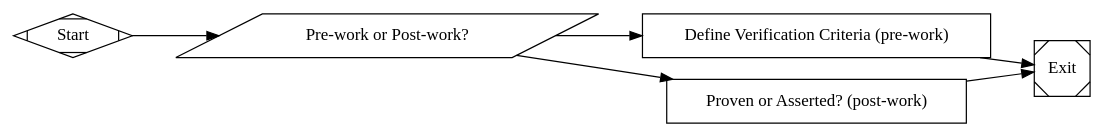
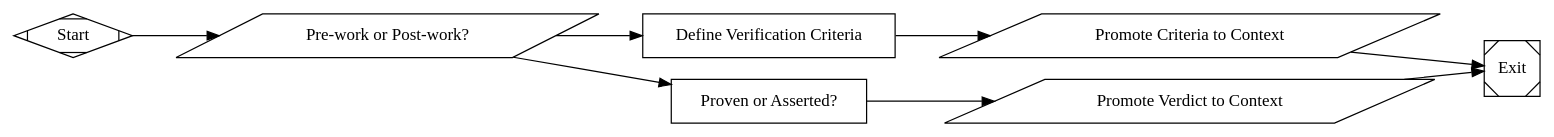
The diagram in pipelines/kenergy_full_cycle/subgraphs/subgraphs/kenergy_reality_check.dot (kenotron-ms/amplifier-bundle-kenergy), drawn with Graphviz before and after one commit. The commit also changed 30 other files, not shown here.

First line of the commit message:
fix(pipelines): route goal_gate verdicts through report_outcome tool calls

```diff
--- a/pipelines/kenergy_full_cycle/subgraphs/subgraphs/kenergy_reality_check.dot
+++ b/pipelines/kenergy_full_cycle/subgraphs/subgraphs/kenergy_reality_check.dot
@@ -1,60 +1,86 @@
 // kenergy_reality_check.dot
 //
 // Subgraph rendering of the "kenergy" skill (skills/kenergy/SKILL.md): a
 // reality-enforcement lens with two modes -- pre-work (define what "working"
 // means before an agent is dispatched) and post-work (hold a completion
 // claim to that bar: proven or asserted?). Reused by build_like_ken.dot
 // (pre-work, once per task, before Implement) and verify.dot (post-work,
 // before the finish decision).
 //
 // Prompts below are ported near-verbatim from skills/kenergy/SKILL.md's
 // "Output Structure" and Execution Steps -- not invented text.
 //
 // Inputs:
 //   $mode              - "pre_work" | "post_work"
 //   $task_id           - task identifier (pre_work) or claim being checked (post_work)
 //   $task_description  - what the task/claim says it does
 //   $claimed_evidence   - (post_work only) the evidence offered for "done"
 //
 // Outputs (pre_work):
 //   criteria.working_definition  - one sentence: what a real user would observe
 //   criteria.minimum_proof       - the specific observable demonstration required
 //   criteria.verification_level - static|script|http|browser|dtu
 //
 // Outputs (post_work):
 //   verdict.proven_or_asserted  - "proven" | "asserted"
 //   verdict.gap                 - named gap if asserted, else ""
 
 digraph kenergy_reality_check {
   graph [rankdir=LR, default_max_retry=2, default_fidelity="summary:high"];
 
   Start [shape=Mdiamond, label="Start"];
   Exit  [shape=Msquare,  label="Exit"];
 
   RouteMode [
     shape=parallelogram, label="Pre-work or Post-work?",
     tool_command="#!/bin/sh\nset -e\nprintf '%s' \"${mode}\""
   ];
 
   // Faithful to SKILL.md Core Behavior 1 ("Pre-Work: Define the Verification
   // Criteria") and its Output Structure.
   DefineCriteria [
     shape=box, goal_gate=true, fidelity="summary:high",
-    label="Define Verification Criteria (pre-work)",
-    prompt="Task: ${task_description}\n\nBefore this task is dispatched, define what \"working\" actually means -- not in terms of code written, but in terms of what a real user would observe or be able to do. \"It runs\" is not a criterion; \"a real user can do X and see Y\" is.\n\nProduce:\n- Working definition: one sentence, what a real user would observe when this is actually done.\n- Minimum proof required: the smallest demonstration that confirms the core need is met -- name the mechanism (static analysis / script execution / curl / browser / DTU).\n- What failure looks like: the specific observable sign the work has drifted.\n\nIf the verification path is genuinely uncertain, say so explicitly rather than guessing a level.\n\nWrite .resolve/build/criteria_${task_id}.json with {\"working_definition\":\"...\",\"minimum_proof\":\"...\",\"verification_level\":\"static\"|\"script\"|\"http\"|\"browser\"|\"dtu\",\"failure_looks_like\":\"...\"}. Print the single line: criteria_defined"
+    label="Define Verification Criteria",
+    prompt="Task: ${task_description}\n\nBefore this task is dispatched, define what \"working\" actually means -- not in terms of code written, but in terms of what a real user would observe or be able to do. \"It runs\" is not a criterion; \"a real user can do X and see Y\" is.\n\nProduce:\n- Working definition: one sentence, what a real user would observe when this is actually done.\n- Minimum proof required: the smallest demonstration that confirms the core need is met -- name the mechanism (static analysis / script execution / curl / browser / DTU).\n- What failure looks like: the specific observable sign the work has drifted.\n\nIf the verification path is genuinely uncertain, say so explicitly rather than guessing a level.\n\nWrite .resolve/build/criteria_${task_id}.json with {\"working_definition\":\"...\",\"minimum_proof\":\"...\",\"verification_level\":\"static\"|\"script\"|\"http\"|\"browser\"|\"dtu\",\"failure_looks_like\":\"...\"}. Call the report_outcome tool with status=\"success\" and preferred_label=\"criteria_defined\" (also print the single line: criteria_defined)"
+  ];
+
+  // Deterministic reader closing a missing-writer gap: this graph's own
+  // header documents criteria.working_definition / criteria.minimum_proof /
+  // criteria.verification_level as pre-work outputs, and build_like_ken.dot's
+  // Implement prompt reads ${criteria.minimum_proof} directly -- but
+  // DefineCriteria above only ever wrote a JSON FILE; nothing ever promoted
+  // those fields into context under the documented dotted keys (same
+  // missing-writer bug class fixed in build_like_ken.dot/verify.dot/
+  // finish.dot -- a box node writing a file is not the same as a context
+  // key existing for a sibling/parent node's ${...} substitution to read).
+  ReadCriteria [
+    shape=parallelogram, label="Promote Criteria to Context", parse_json="true",
+    tool_command="#!/bin/sh\nset -e\npython3 -c \"import json;d=json.load(open('.resolve/build/criteria_${task_id}.json'));print(json.dumps({'criteria.working_definition':d['working_definition'],'criteria.minimum_proof':d['minimum_proof'],'criteria.verification_level':d['verification_level']}))\""
   ];
 
   // Faithful to SKILL.md Core Behavior 2 ("Post-Work: Hold the Claim to the
   // Bar") -- binary call, no hedged middle ground.
   HoldClaimToBar [
     shape=box, goal_gate=true, fidelity="summary:high",
-    label="Proven or Asserted? (post-work)",
-    prompt="Claim: ${task_description}\nOffered evidence: ${claimed_evidence}\n\nAsk specifically: is there real evidence here, or is this an assertion? A passing unit test is not proof of working for a non-library, real-user-facing claim. \"Should work\" is not proof. \"I tested it manually\" without a captured command and output is not proof.\n\nCall it PROVEN only if the evidence is a live run, a browser verification, a real API call, or real data -- something reproducible right now, not a theory. Otherwise call it ASSERTED and name exactly what's missing and what would satisfy it (e.g. \"no browser verify\", \"no end-to-end run\").\n\nWrite .resolve/verify/reality_check.json with {\"verdict\":\"proven\"|\"asserted\",\"gap\":\"...\"}. Print the single line: reality_checked"
+    label="Proven or Asserted?",
+    prompt="Claim: ${task_description}\nOffered evidence: ${claimed_evidence}\n\nAsk specifically: is there real evidence here, or is this an assertion? A passing unit test is not proof of working for a non-library, real-user-facing claim. \"Should work\" is not proof. \"I tested it manually\" without a captured command and output is not proof.\n\nCall it PROVEN only if the evidence is a live run, a browser verification, a real API call, or real data -- something reproducible right now, not a theory. Otherwise call it ASSERTED and name exactly what's missing and what would satisfy it (e.g. \"no browser verify\", \"no end-to-end run\").\n\nWrite .resolve/verify/reality_check.json with {\"verdict\":\"proven\"|\"asserted\",\"gap\":\"...\"}. Call the report_outcome tool with status=\"success\" and preferred_label=\"reality_checked\" (also print the single line: reality_checked)"
+  ];
+
+  // Same missing-writer fix as ReadCriteria above, for this graph's
+  // post-work documented outputs verdict.proven_or_asserted / verdict.gap
+  // (verify.dot's OverallGate reads .resolve/verify/reality_check.json
+  // directly by file path so it is unaffected, but the documented dotted
+  // context keys were never actually set for any other consumer).
+  ReadVerdict [
+    shape=parallelogram, label="Promote Verdict to Context", parse_json="true",
+    tool_command="#!/bin/sh\nset -e\npython3 -c \"import json;d=json.load(open('.resolve/verify/reality_check.json'));print(json.dumps({'verdict.proven_or_asserted':d['verdict'],'verdict.gap':d.get('gap','')}))\""
   ];
 
   Start          -> RouteMode;
   RouteMode      -> DefineCriteria   [condition="context.tool.last_line=pre_work", weight="2"];
   RouteMode      -> HoldClaimToBar   [condition="context.tool.last_line=post_work"];
-  DefineCriteria -> Exit;
-  HoldClaimToBar -> Exit;
+  DefineCriteria -> ReadCriteria;
+  ReadCriteria   -> Exit;
+  HoldClaimToBar -> ReadVerdict;
+  ReadVerdict    -> Exit;
 }
```
